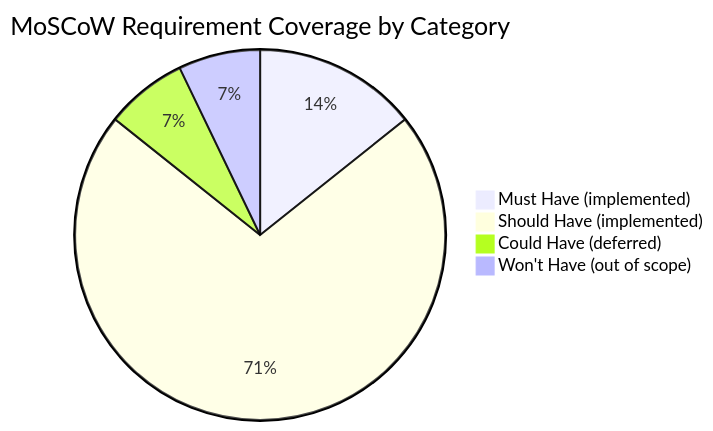
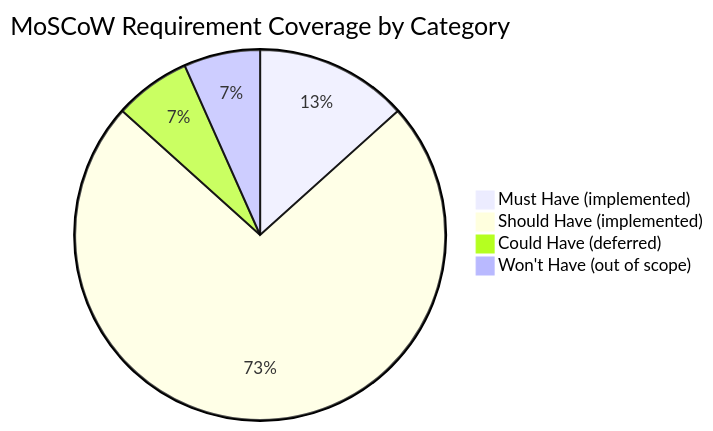
Before and after one commit to DevelApp-ai/deterministic-technical-design-specification: the third of 3 diagrams in example/docs/traceability/index.md, drawn with Mermaid. The commit also changed other lines of this file and 11 other files, not shown here.

````diff
--- a/example/docs/traceability/index.md
+++ b/example/docs/traceability/index.md
@@ -258,7 +270,7 @@
 ```mermaid
 pie title MoSCoW Requirement Coverage by Category
     "Must Have (implemented)" : 6
-    "Should Have (implemented)" : 30
+    "Should Have (implemented)" : 33
     "Could Have (deferred)" : 3
     "Won't Have (out of scope)" : 3
 ```
````
